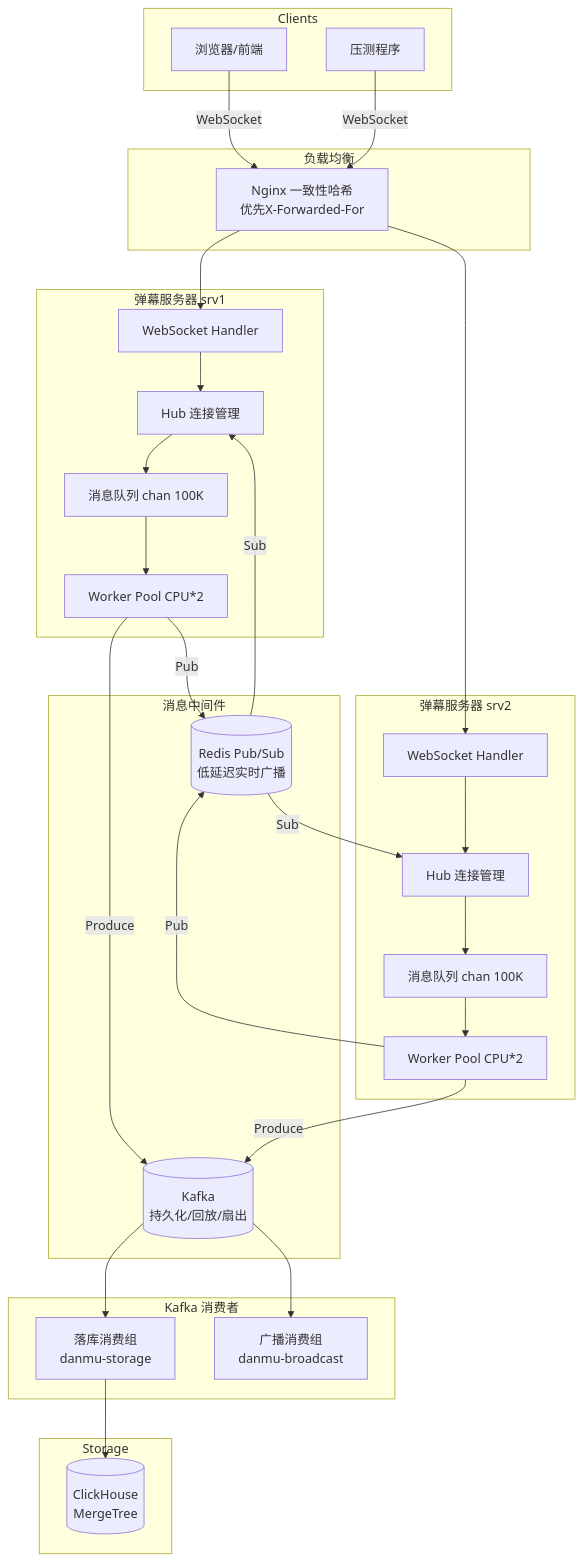
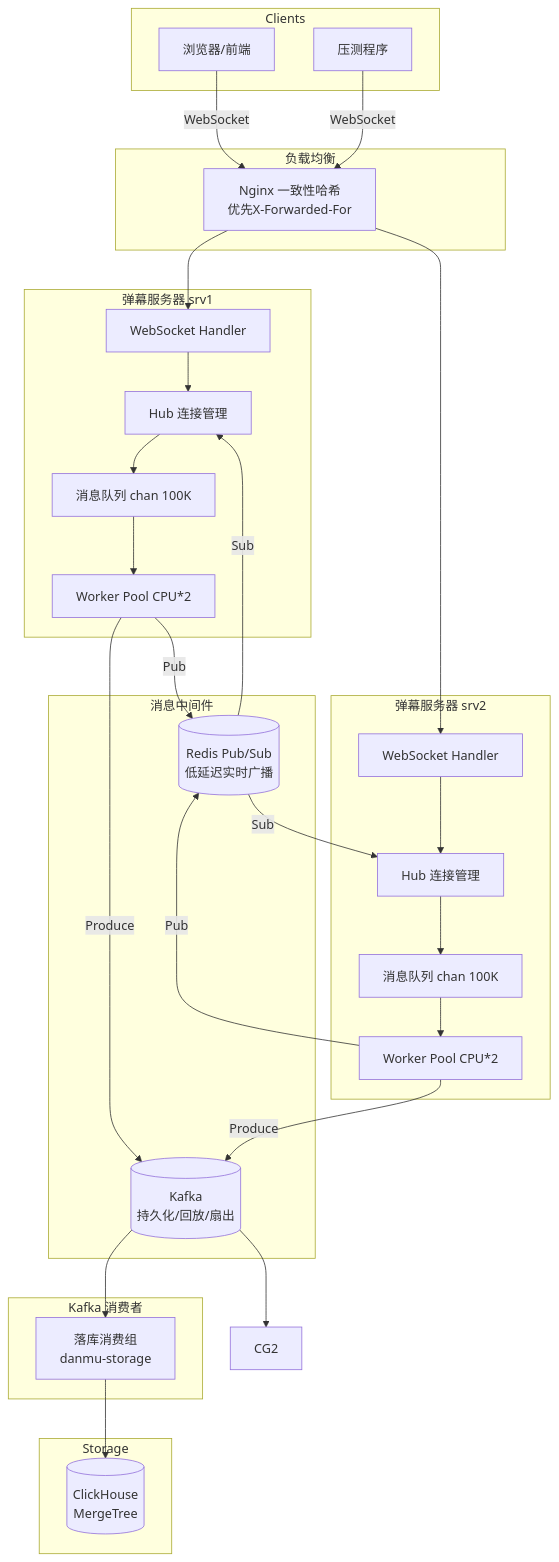
Before and after one commit to YansIlinta/X-Plore: the diagram in danmu/monolith/README.md, drawn with Mermaid. The commit also changed 3 other files, not shown here.

````diff
--- a/danmu/monolith/README.md
+++ b/danmu/monolith/README.md
@@ -27,57 +27,56 @@
 ```mermaid
 graph TB
     subgraph Clients
         Browser[浏览器/前端]
         Bench[压测程序]
     end
 
     subgraph LB[负载均衡]
         Nginx[Nginx 一致性哈希<br/>优先X-Forwarded-For]
     end
 
     subgraph Server1[弹幕服务器 srv1]
         WS1[WebSocket Handler]
         Hub1[Hub 连接管理]
         MQ1[消息队列 chan 100K]
         WP1[Worker Pool CPU*2]
     end
 
     subgraph Server2[弹幕服务器 srv2]
         WS2[WebSocket Handler]
         Hub2[Hub 连接管理]
         MQ2[消息队列 chan 100K]
         WP2[Worker Pool CPU*2]
     end
 
     subgraph MQ[消息中间件]
         Redis[(Redis Pub/Sub<br/>低延迟实时广播)]
         Kafka[(Kafka<br/>持久化/回放/扇出)]
     end
 
     subgraph Consumers[Kafka 消费者]
         CG1[落库消费组<br/>danmu-storage]
-        CG2[广播消费组<br/>danmu-broadcast]
     end
 
     subgraph Storage
         CH[(ClickHouse<br/>MergeTree)]
     end
 
     Browser -->|WebSocket| Nginx
     Bench -->|WebSocket| Nginx
     Nginx --> WS1
     Nginx --> WS2
 
     WS1 --> Hub1 --> MQ1 --> WP1
     WS2 --> Hub2 --> MQ2 --> WP2
 
     WP1 -->|Pub| Redis
     WP2 -->|Pub| Redis
     Redis -->|Sub| Hub1
     Redis -->|Sub| Hub2
 
     WP1 -->|Produce| Kafka
     WP2 -->|Produce| Kafka
     Kafka --> CG1 --> CH
     Kafka --> CG2
 ```
````
